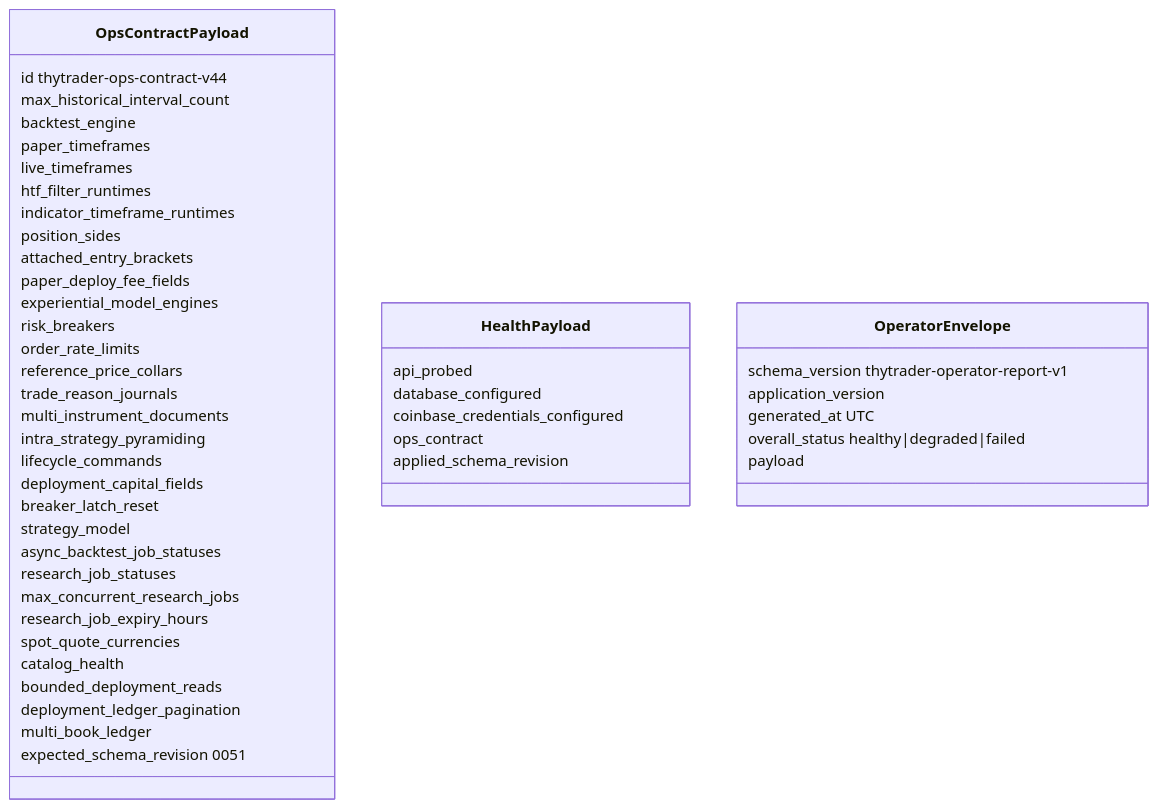
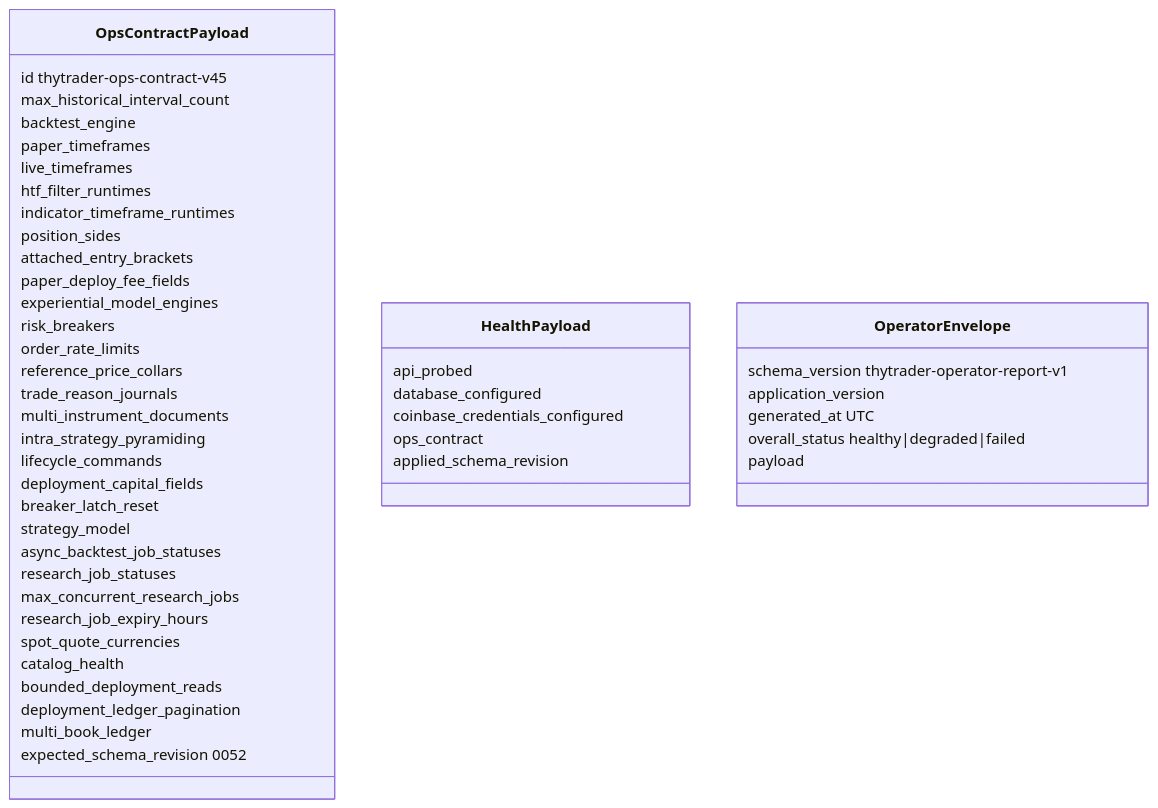
One commit to Zoltesh/thytrader changed the diagram in docs/architecture/contracts/ops-contract.md. Above: the diagram before and after it, drawn with Mermaid. The commit also changed other lines of this file and 53 other files, not shown here.

````diff
--- a/docs/architecture/contracts/ops-contract.md
+++ b/docs/architecture/contracts/ops-contract.md
@@ -46,50 +46,50 @@
 ```mermaid
 classDiagram
   class OpsContractPayload {
-    id thytrader-ops-contract-v44
+    id thytrader-ops-contract-v45
     max_historical_interval_count
     backtest_engine
     paper_timeframes
     live_timeframes
     htf_filter_runtimes
     indicator_timeframe_runtimes
     position_sides
     attached_entry_brackets
     paper_deploy_fee_fields
     experiential_model_engines
     risk_breakers
     order_rate_limits
     reference_price_collars
     trade_reason_journals
     multi_instrument_documents
     intra_strategy_pyramiding
     lifecycle_commands
     deployment_capital_fields
     breaker_latch_reset
     strategy_model
     async_backtest_job_statuses
     research_job_statuses
     max_concurrent_research_jobs
     research_job_expiry_hours
     spot_quote_currencies
     catalog_health
     bounded_deployment_reads
     deployment_ledger_pagination
     multi_book_ledger
-    expected_schema_revision 0051
+    expected_schema_revision 0052
   }
   class HealthPayload {
     api_probed
     database_configured
     coinbase_credentials_configured
     ops_contract
     applied_schema_revision
   }
   class OperatorEnvelope {
     schema_version thytrader-operator-report-v1
     application_version
     generated_at UTC
     overall_status healthy|degraded|failed
     payload
   }
 ```
````
